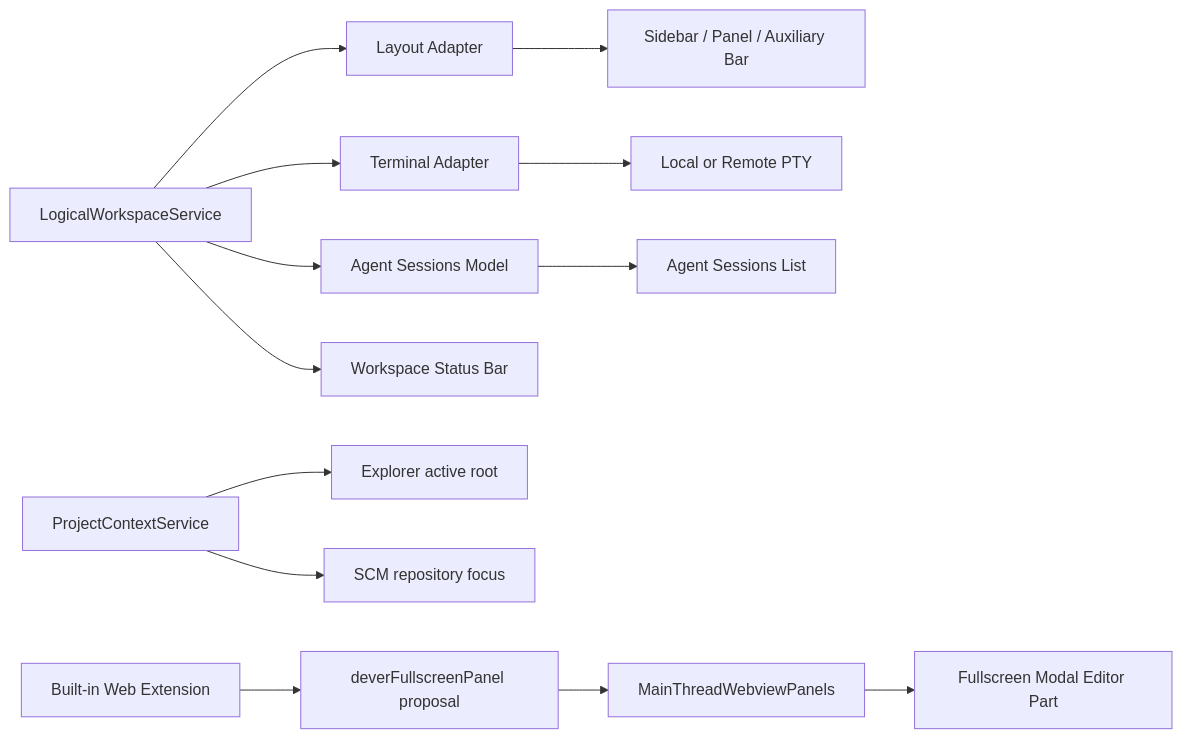
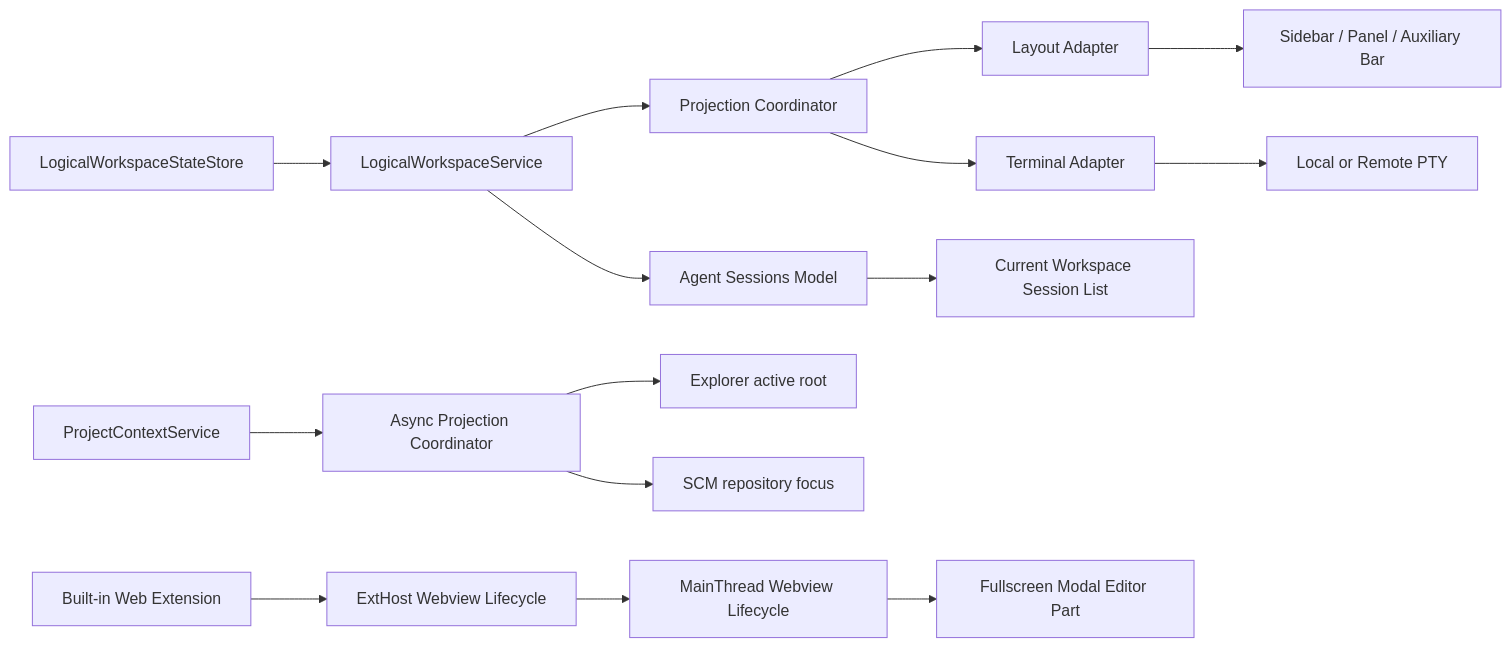
The diagram in vibe_vscode_doc/design/当前改动设计.md (ActivePeter/vibe-vscode), drawn with Mermaid before and after one commit. The commit also changed other lines of this file and 31 other files, not shown here.

````diff
--- a/vibe_vscode_doc/design/当前改动设计.md
+++ b/vibe_vscode_doc/design/当前改动设计.md
@@ -43,17 +43,19 @@
 ```mermaid
 flowchart LR
-    LWS[LogicalWorkspaceService] --> Layout[Layout Adapter]
-    LWS --> Terminal[Terminal Adapter]
-    LWS --> Sessions[Agent Sessions Model]
-    LWS --> Status[Workspace Status Bar]
+    Store[LogicalWorkspaceStateStore] --> Registry[LogicalWorkspaceService]
+    Registry --> Coordinator[Projection Coordinator]
+    Coordinator --> Layout[Layout Adapter]
+    Coordinator --> Terminal[Terminal Adapter]
+    Registry --> Sessions[Agent Sessions Model]
     Layout --> Shell[Sidebar / Panel / Auxiliary Bar]
     Terminal --> PTY[Local or Remote PTY]
-    Sessions --> AgentList[Agent Sessions List]
+    Sessions --> AgentList[Current Workspace Session List]
 
-    Project[ProjectContextService] --> Explorer[Explorer active root]
-    Project --> SCM[SCM repository focus]
+    Project[ProjectContextService] --> Async[Async Projection Coordinator]
+    Async --> Explorer[Explorer active root]
+    Async --> SCM[SCM repository focus]
 
-    Extension[Built-in Web Extension] --> Proposal[deverFullscreenPanel proposal]
-    Proposal --> MainThread[MainThreadWebviewPanels]
+    Extension[Built-in Web Extension] --> ExtHost[ExtHost Webview Lifecycle]
+    ExtHost --> MainThread[MainThread Webview Lifecycle]
     MainThread --> Modal[Fullscreen Modal Editor Part]
 ```
````
